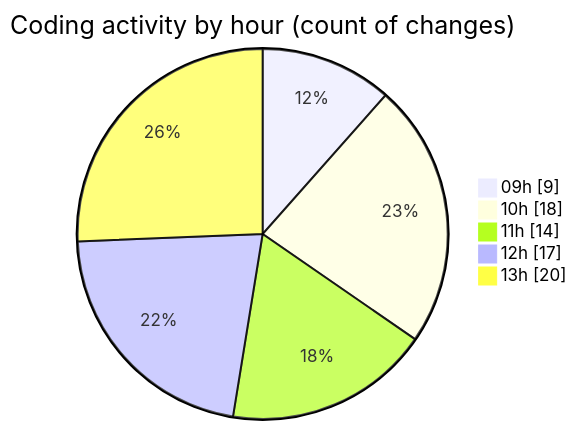
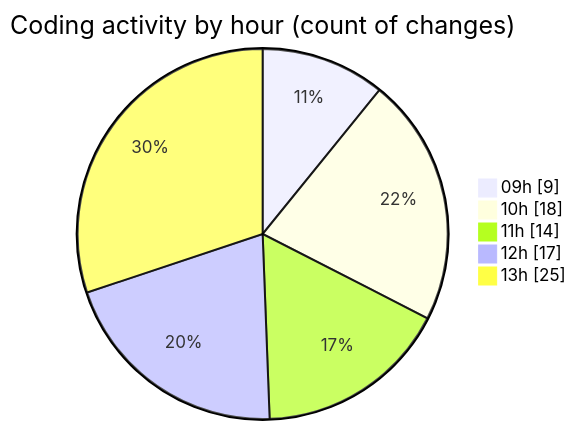
One commit to momahboobian/code-tracking changed the second of 2 diagrams in 2025-03-24/cda/README.md. Above: the diagram before and after it, drawn with Mermaid. The commit also changed other lines of this file and 1 other file, not shown here.

````diff
--- a/2025-03-24/cda/README.md
+++ b/2025-03-24/cda/README.md
@@ -44,9 +46,9 @@
 ```mermaid
 pie showData
 title Coding activity by hour (count of changes)
 "09h" : 9
 "10h" : 18
 "11h" : 14
 "12h" : 17
-"13h" : 20
+"13h" : 25
 ```
````
